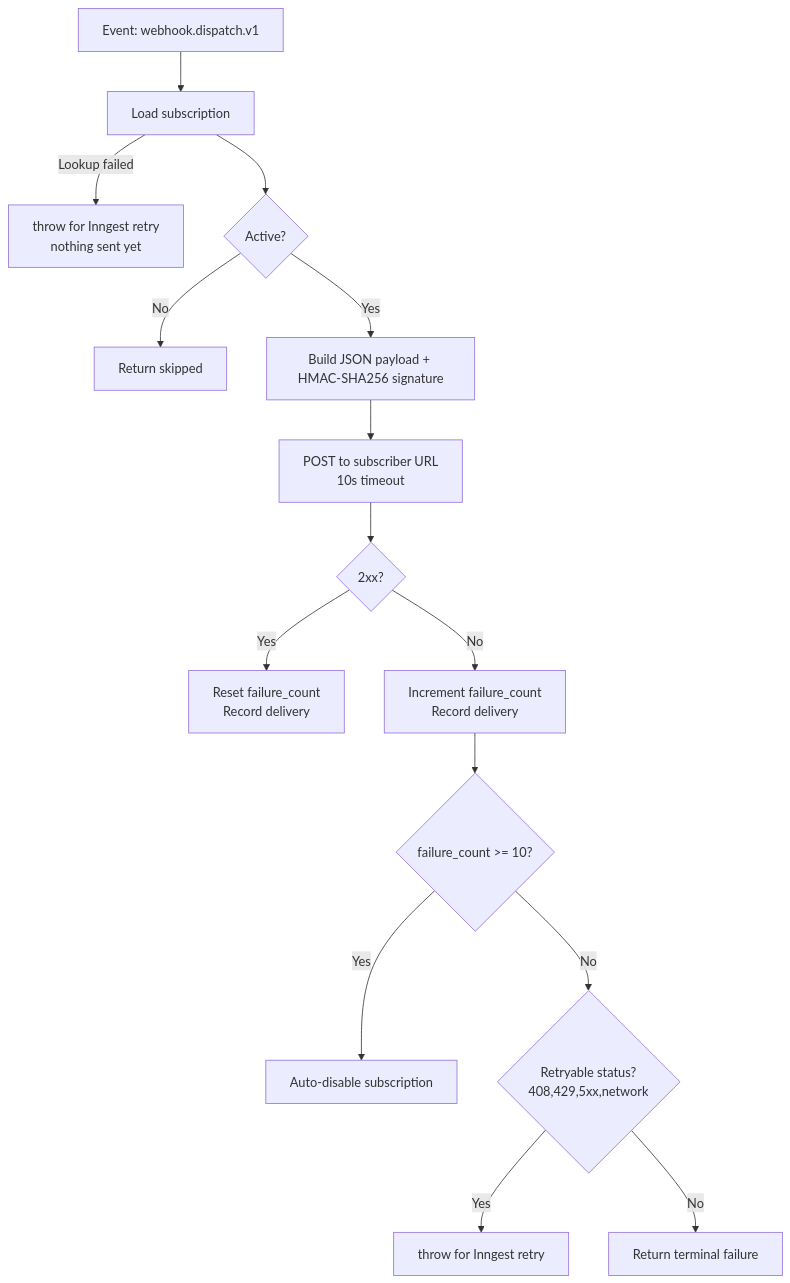
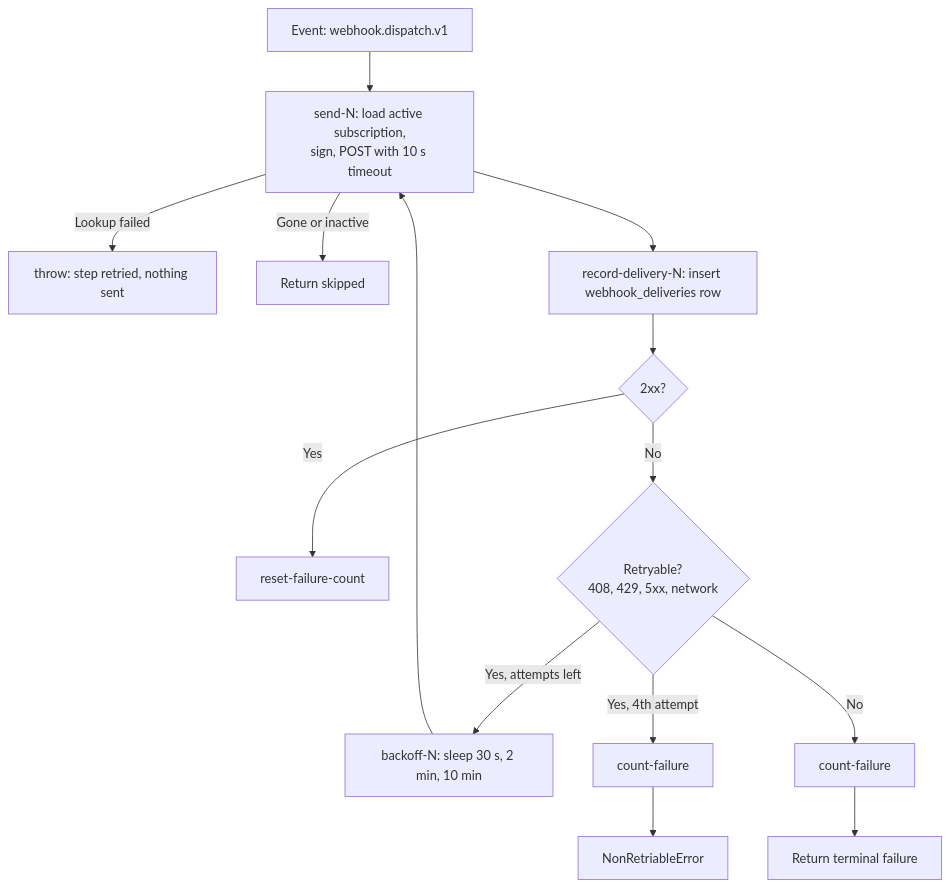
Before and after one commit to Andy00L/sharetopus: the fifth of 5 diagrams in docs/INNGEST.md, drawn with Mermaid. The commit also changed other lines of this file and 15 other files, not shown here.

````diff
--- a/docs/INNGEST.md
+++ b/docs/INNGEST.md
@@ -294,17 +395,13 @@
 ```mermaid
 flowchart TD
-    A[Event: webhook.dispatch.v1] --> B[Load subscription]
-    B -->|Lookup failed| R[throw for Inngest retry\nnothing sent yet]
-    B --> C{Active?}
-    C -->|No| D[Return skipped]
-    C -->|Yes| E[Build JSON payload + HMAC-SHA256 signature]
-    E --> F[POST to subscriber URL\n10s timeout]
-    F --> G{2xx?}
-    G -->|Yes| H[Reset failure_count\nRecord delivery]
-    G -->|No| I[Increment failure_count\nRecord delivery]
-    I --> J{failure_count >= 10?}
-    J -->|Yes| K[Auto-disable subscription]
-    J -->|No| L{Retryable status?\n408,429,5xx,network}
-    L -->|Yes| M[throw for Inngest retry]
-    L -->|No| N[Return terminal failure]
+    A[Event: webhook.dispatch.v1] --> S[send-N: load active subscription,\nsign, POST with 10 s timeout]
+    S -->|Lookup failed| X[throw: step retried, nothing sent]
+    S -->|Gone or inactive| D[Return skipped]
+    S --> R[record-delivery-N: insert webhook_deliveries row]
+    R --> G{2xx?}
+    G -->|Yes| H[reset-failure-count]
+    G -->|No| L{Retryable?\n408, 429, 5xx, network}
+    L -->|Yes, attempts left| W[backoff-N: sleep 30 s, 2 min, 10 min] --> S
+    L -->|Yes, 4th attempt| C[count-failure] --> N[NonRetriableError]
+    L -->|No| C2[count-failure] --> T[Return terminal failure]
 ```
````
